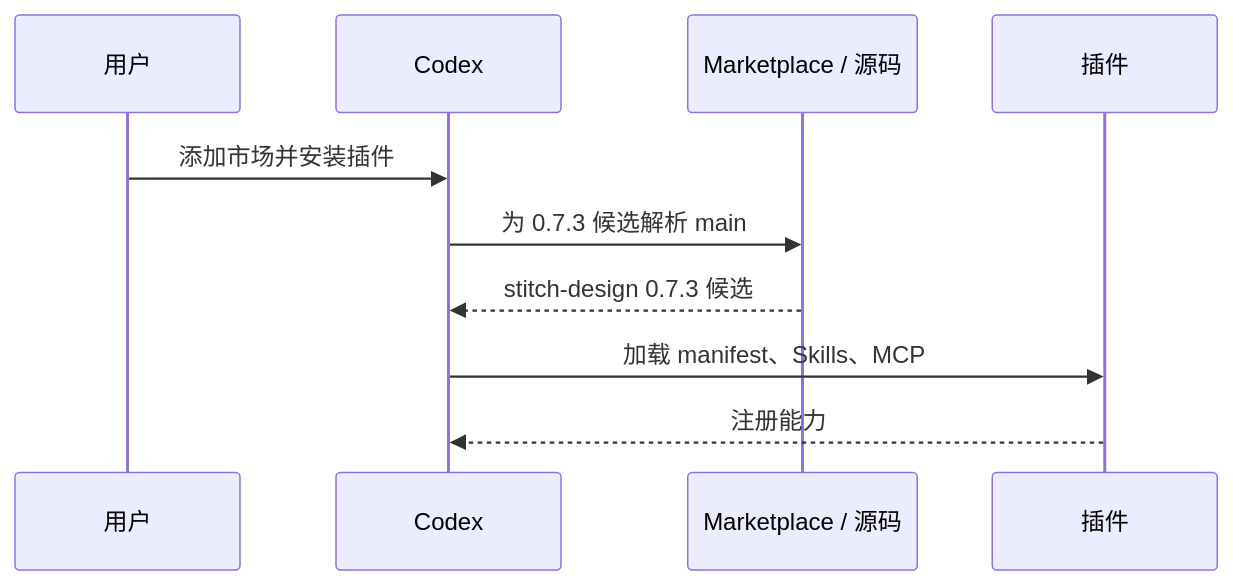
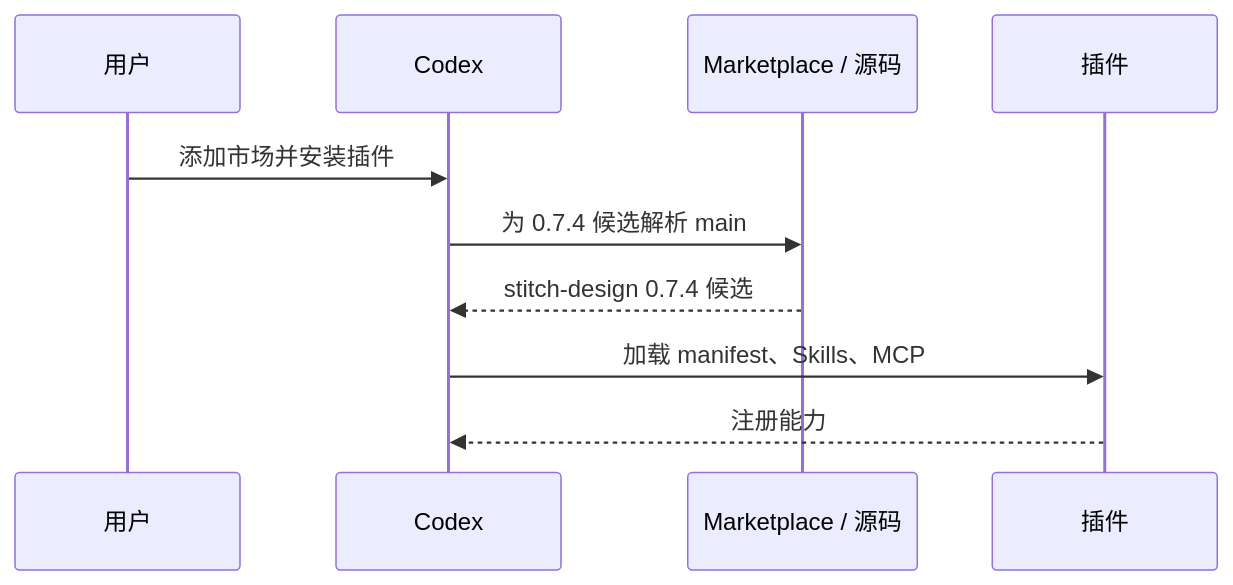
The seventh of 11 diagrams in docs/Stitch-Design-Architecture.zh_CN.md (full-stack-plugins/stitch-design-plugin), drawn with Mermaid before and after one commit. The commit also changed other lines of this file and 19 other files, not shown here.

````diff
--- a/docs/Stitch-Design-Architecture.zh_CN.md
+++ b/docs/Stitch-Design-Architecture.zh_CN.md
@@ -173,12 +173,12 @@
 ```mermaid
 sequenceDiagram
     participant U as 用户
     participant C as Codex
     participant M as Marketplace / 源码
     participant P as 插件
     U->>C: 添加市场并安装插件
-    C->>M: 为 0.7.3 候选解析 main
-    M-->>C: stitch-design 0.7.3 候选
+    C->>M: 为 0.7.4 候选解析 main
+    M-->>C: stitch-design 0.7.4 候选
     C->>P: 加载 manifest、Skills、MCP
     P-->>C: 注册能力
 ```
````
